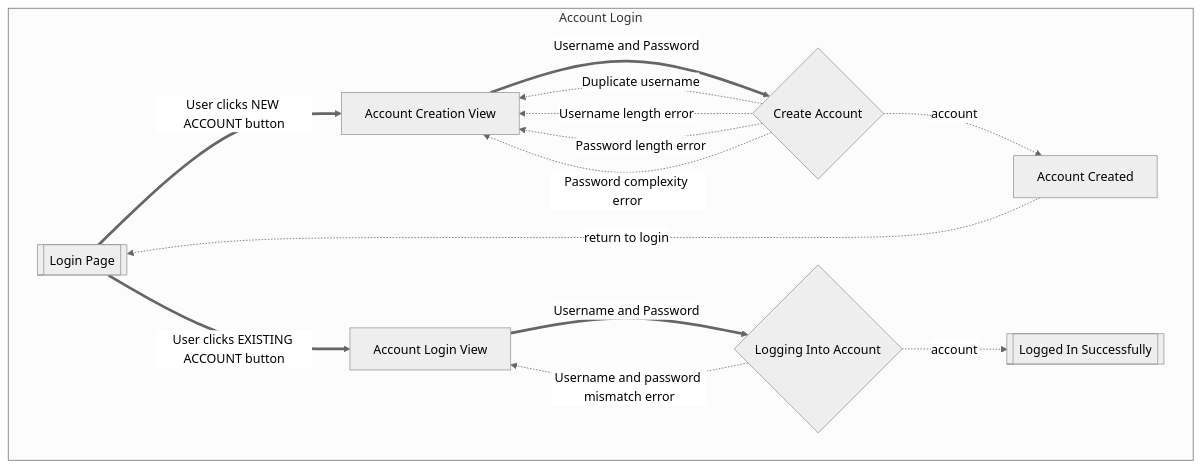
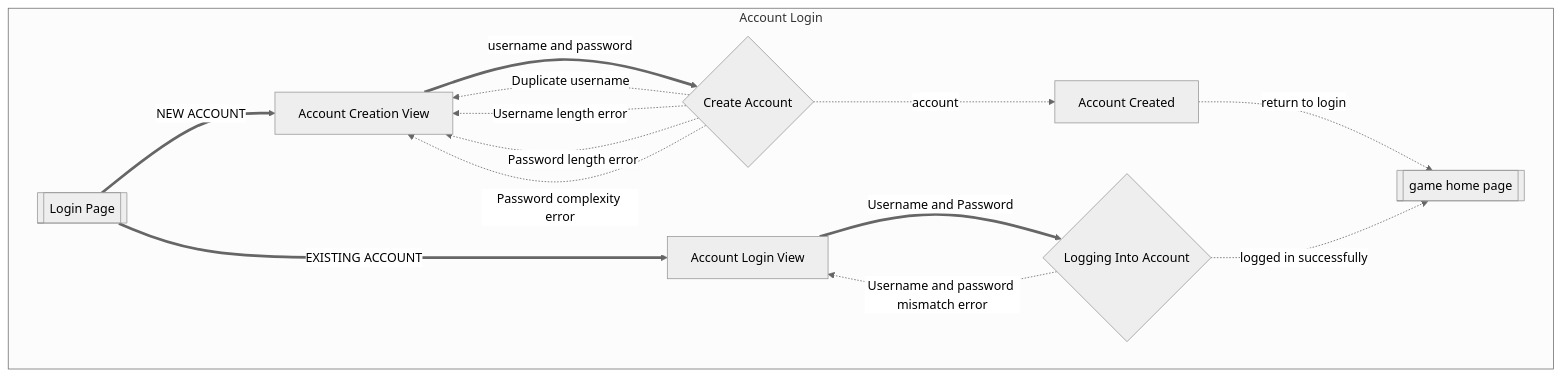
The first of 4 diagrams in flows.md (tsuki0272/Clicker_Project), drawn with Mermaid (neutral theme) before and after one commit. The commit also changed 6 other files, not shown here.

First line of the commit message:
Add DB constraints and refine docs/flows

````diff
--- a/flows.md
+++ b/flows.md
@@ -27,30 +27,30 @@
 ```mermaid
 flowchart
     subgraph Account Login
         
         loginPage[[Login Page]]
-        loginPage == User clicks NEW ACCOUNT button ==> newAccount
-        loginPage == User clicks EXISTING ACCOUNT button ==> existingAccount
+        loginPage == NEW ACCOUNT ==> newAccount
+        loginPage == EXISTING ACCOUNT ==> existingAccount
 
         newAccount[Account Creation View]
-        newAccount == Username and Password ==> createAccountProcessing
+        newAccount == username and password==> createAccountProcessing
         
         createAccountProcessing{Create Account}
         createAccountProcessing -. Duplicate username .-> newAccount
         createAccountProcessing -. Username length error .-> newAccount
         createAccountProcessing -. Password length error .-> newAccount
         createAccountProcessing -. Password complexity error .-> newAccount
         createAccountProcessing -. account .-> accountCreated
 
         accountCreated[Account Created]
-        accountCreated -. return to login .-> loginPage
+        accountCreated -. return to login .-> loggedIn
 
         existingAccount[Account Login View]
         existingAccount == Username and Password ==> loginProcessing
         loginProcessing{Logging Into Account}
         loginProcessing -. Username and password mismatch error .-> existingAccount
-        loginProcessing -. account .-> loggedIn
+        loginProcessing -. logged in successfully .-> loggedIn
         
-        loggedIn[[Logged In Successfully]]
+        loggedIn[[game home page]]
     end
 ```
````
